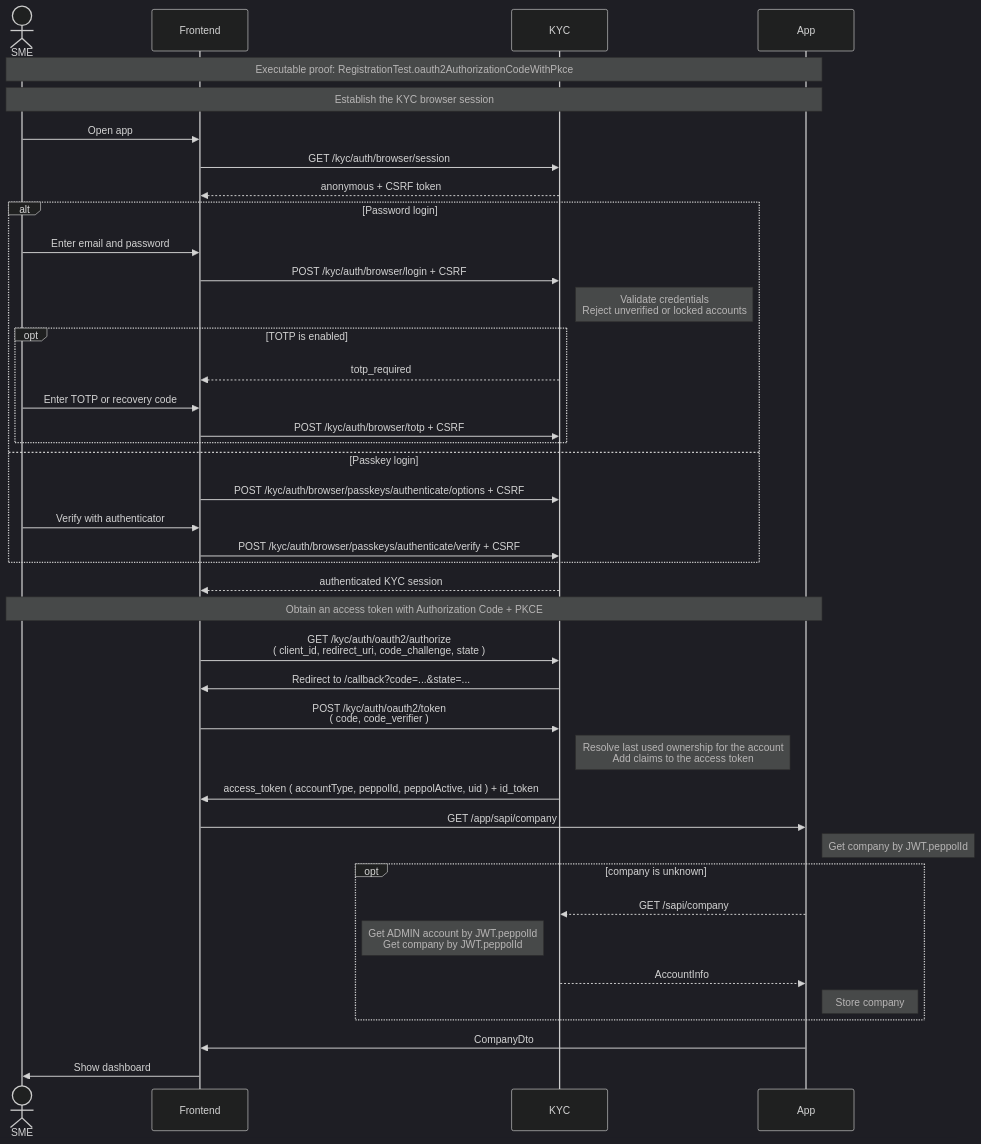
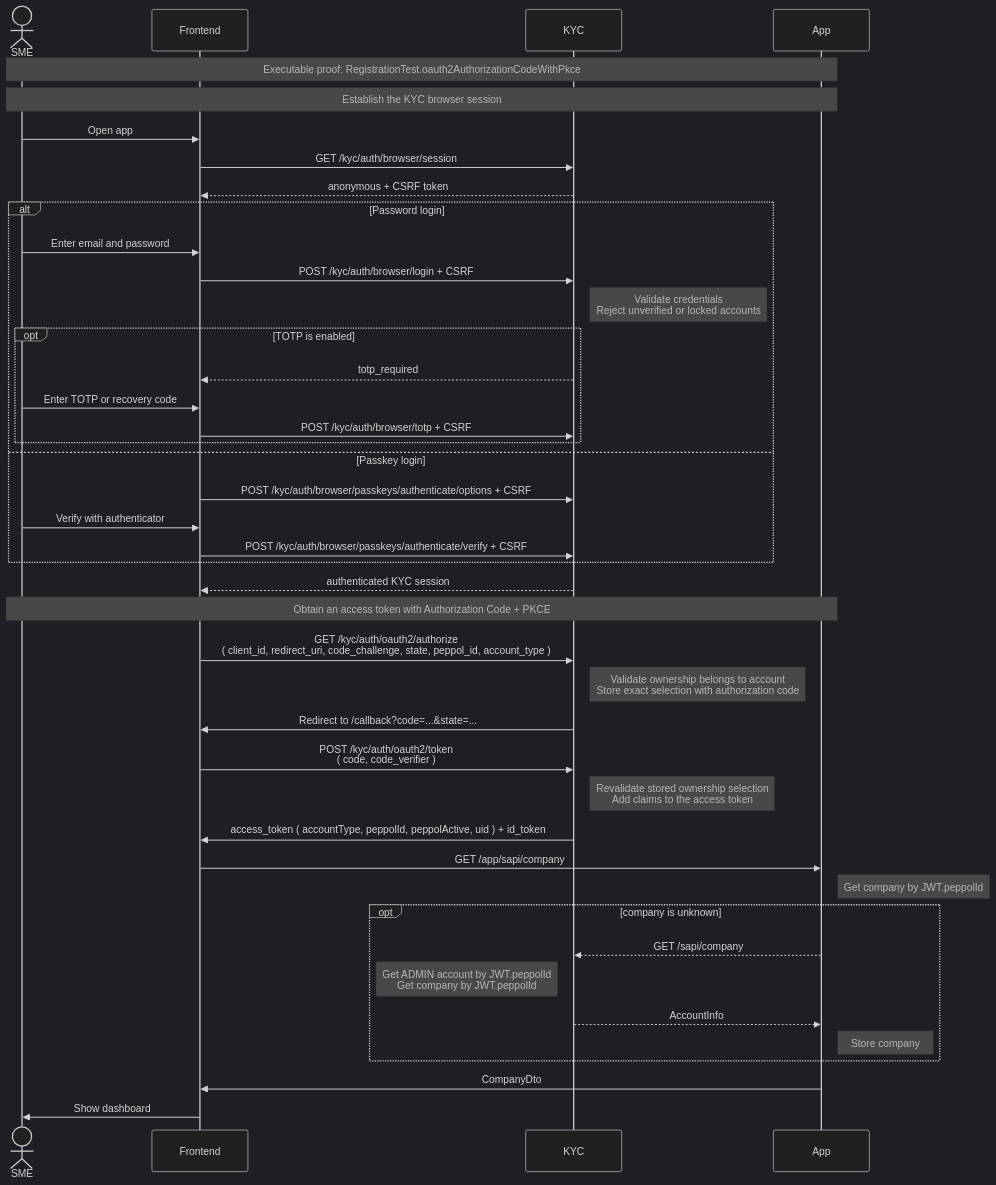
One commit to letspeppol/letspeppol changed the diagram in readme/login.md. Above: the diagram before and after it, drawn with Mermaid (dark theme). The commit also changed other lines of this file and 29 other files, not shown here.

````diff
--- a/readme/login.md
+++ b/readme/login.md
@@ -15,46 +18,47 @@
 ```mermaid
 sequenceDiagram
     actor SME as SME
     participant Frontend as Frontend
     participant KYC as KYC
     participant App as App
 
     Note over SME, App: Executable proof: RegistrationTest.oauth2AuthorizationCodeWithPkce
 
 Note over SME, App: Establish the KYC browser session
     SME ->> Frontend: Open app
     Frontend ->> KYC: GET /kyc/auth/browser/session
     KYC -->> Frontend: anonymous + CSRF token
     alt Password login
         SME ->> Frontend: Enter email and password
         Frontend ->> KYC: POST /kyc/auth/browser/login + CSRF
         Note right of KYC: Validate credentials <br> Reject unverified or locked accounts
         opt TOTP is enabled
             KYC -->> Frontend: totp_required
             SME ->> Frontend: Enter TOTP or recovery code
             Frontend ->> KYC: POST /kyc/auth/browser/totp + CSRF
         end
     else Passkey login
         Frontend ->> KYC: POST /kyc/auth/browser/passkeys/authenticate/options + CSRF
         SME ->> Frontend: Verify with authenticator
         Frontend ->> KYC: POST /kyc/auth/browser/passkeys/authenticate/verify + CSRF
     end
     KYC -->> Frontend: authenticated KYC session
 
 Note over SME, App: Obtain an access token with Authorization Code + PKCE
-    Frontend ->> KYC: GET /kyc/auth/oauth2/authorize <br> ( client_id, redirect_uri, code_challenge, state )
+    Frontend ->> KYC: GET /kyc/auth/oauth2/authorize <br> ( client_id, redirect_uri, code_challenge, state, peppol_id, account_type )
+    Note right of KYC: Validate ownership belongs to account <br> Store exact selection with authorization code
     KYC ->> Frontend: Redirect to /callback?code=...&state=...
     Frontend ->> KYC: POST /kyc/auth/oauth2/token <br> ( code, code_verifier )
-    Note right of KYC: Resolve last used ownership for the account <br> Add claims to the access token
+    Note right of KYC: Revalidate stored ownership selection <br> Add claims to the access token
     KYC ->> Frontend: access_token ( accountType, peppolId, peppolActive, uid ) + id_token
     Frontend ->> App: GET /app/sapi/company
     Note right of App: Get company by JWT.peppolId
     opt company is unknown
         App -->> KYC: GET /sapi/company
         Note left of KYC: Get ADMIN account by JWT.peppolId <br> Get company by JWT.peppolId
         KYC -->> App: AccountInfo
         Note right of App: Store company
     end
     App ->> Frontend: CompanyDto
     Frontend ->> SME: Show dashboard
 ```
````
